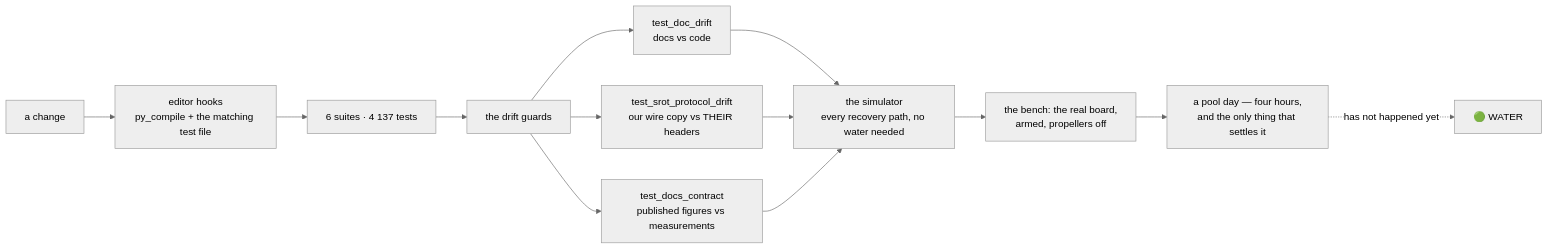
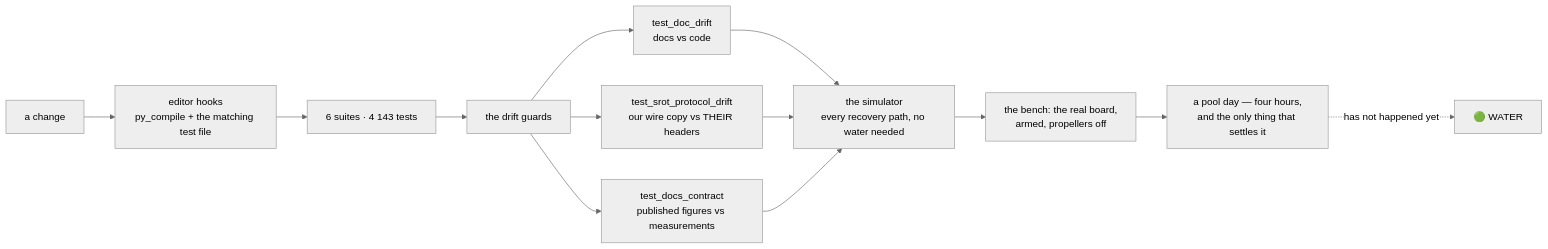
One commit to fh1m/mongla_ws changed the ninth of 10 diagrams in README.md. Above: the diagram before and after it, drawn with Mermaid (neutral theme). The commit also changed other lines of this file and 8 other files, not shown here.

````diff
--- a/README.md
+++ b/README.md
@@ -752,15 +752,15 @@
 ```mermaid
 flowchart LR
     DEV["a change"] --> HOOK["editor hooks<br/>py_compile + the matching test file"]
-    HOOK --> UNIT["6 suites · 4 137 tests"]
+    HOOK --> UNIT["6 suites · 4 143 tests"]
     UNIT --> GUARD["the drift guards"]
     GUARD --> G1["test_doc_drift<br/>docs vs code"]
     GUARD --> G2["test_srot_protocol_drift<br/>our wire copy vs THEIR headers"]
     GUARD --> G3["test_docs_contract<br/>published figures vs measurements"]
     G1 --> SIM["the simulator<br/>every recovery path, no water needed"]
     G2 --> SIM
     G3 --> SIM
     SIM --> BENCH["the bench: the real board,<br/>armed, propellers off"]
     BENCH --> POOL["a pool day — four hours,<br/>and the only thing that settles it"]
     POOL -.->|"has not happened yet"| WATER["🟢 WATER"]
 ```
````
